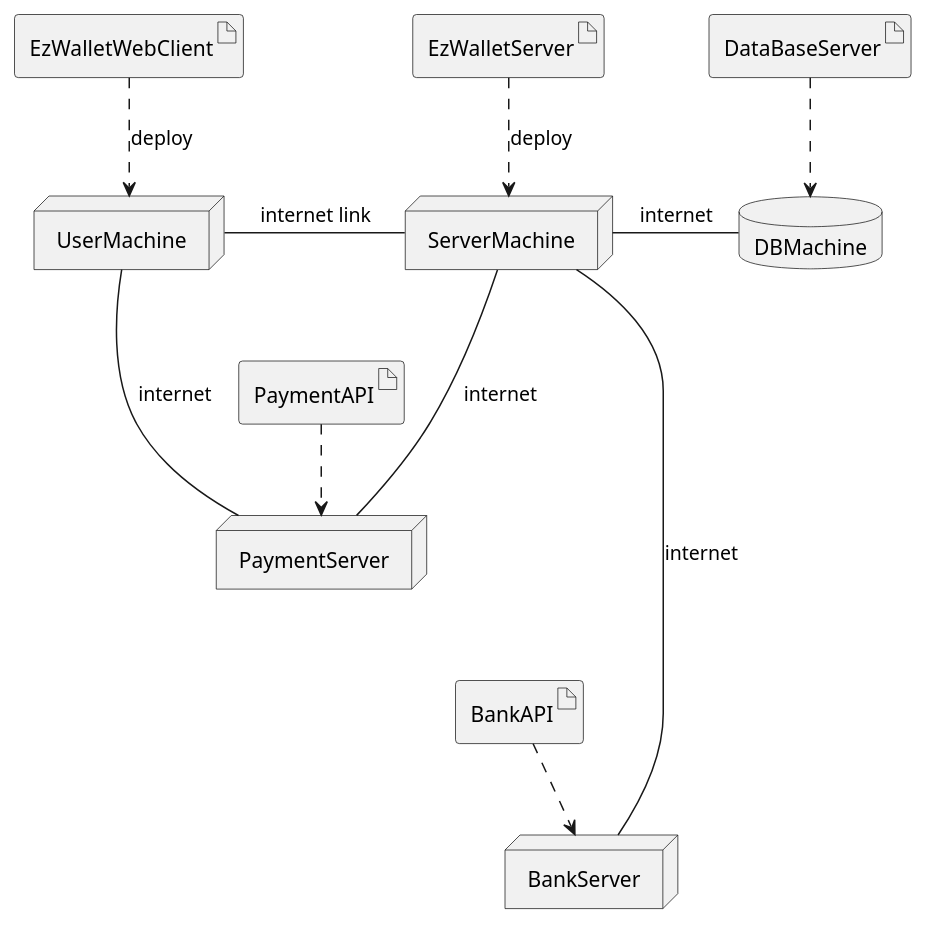
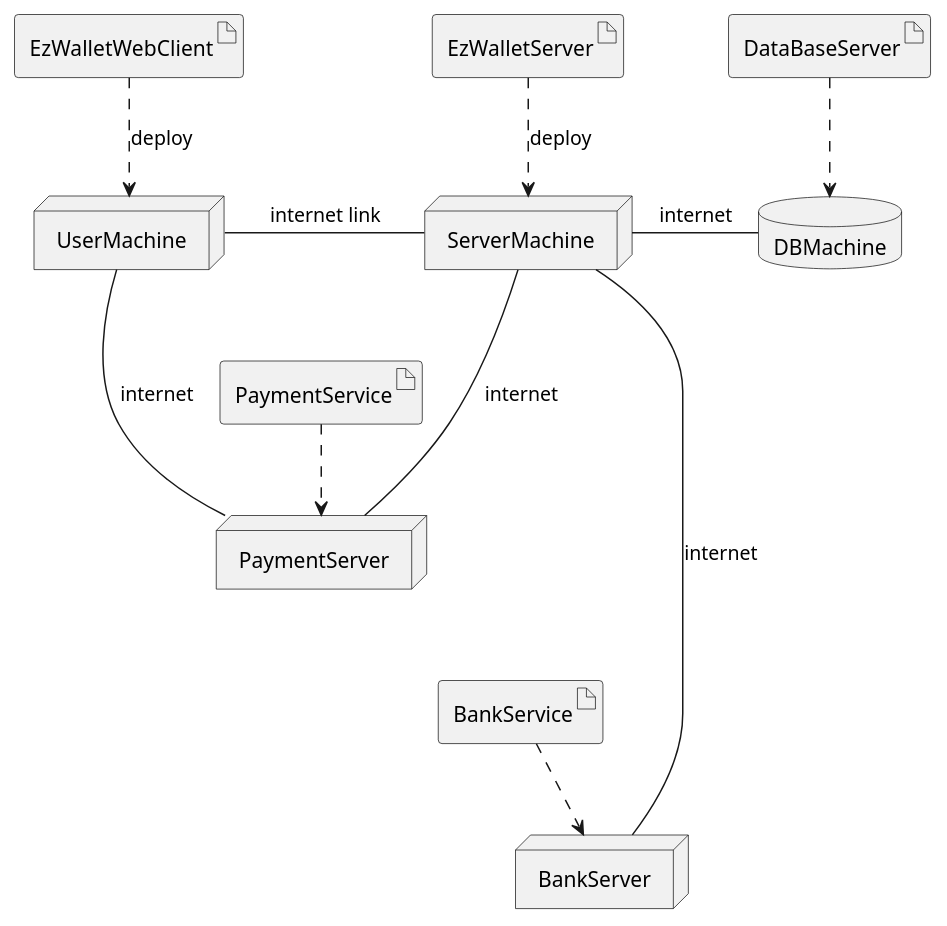
One commit to lara-m2000/ezwallet changed the fifth of 5 diagrams in RequirementsDocumentV2.md. Above: the diagram before and after it, drawn with PlantUML. The commit also changed other lines of this file, not shown here.

````diff
--- a/RequirementsDocumentV2.md
+++ b/RequirementsDocumentV2.md
@@ -640,49 +642,49 @@
 ```plantuml
 @startuml
 
 
 artifact EzWalletServer
 node ServerMachine
 
 EzWalletServer ..> ServerMachine : deploy
 
 
 artifact DataBaseServer
 database DBMachine
 
 DataBaseServer ..> DBMachine
 
 
 
 ServerMachine - DBMachine : internet
 
 artifact EzWalletWebClient
 node UserMachine
 
 EzWalletWebClient ..> UserMachine : deploy
 
 UserMachine - ServerMachine : internet link
 
 
-artifact BankAPI
+artifact BankService
 node BankServer
 
-BankAPI ..> BankServer
+BankService ..> BankServer
 
-artifact PaymentAPI
+artifact PaymentService
 node PaymentServer
 
-PaymentAPI ..> PaymentServer
+PaymentService ..> PaymentServer
 
 
 
 UserMachine --- PaymentServer : internet
 ServerMachine --- PaymentServer : internet
 
 ServerMachine ----- BankServer  : internet 
 
 
 
 
 @enduml
 ```
````
